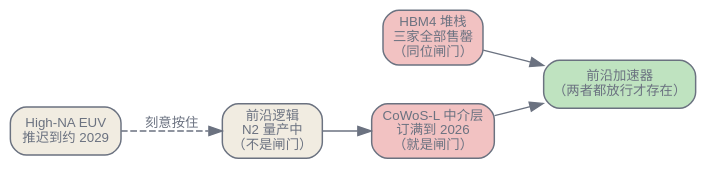
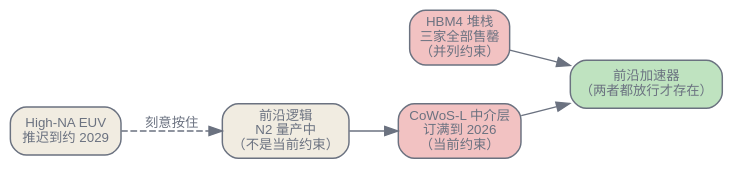
Before and after one commit to latere-ai/ai-as-an-infrastructure: the first of 2 diagrams in zh/infrastructure/04-making-the-silicon.qmd, drawn with Graphviz. The commit also changed other lines of this file and 9 other files, not shown here.

````diff
--- a/zh/infrastructure/04-making-the-silicon.qmd
+++ b/zh/infrastructure/04-making-the-silicon.qmd
@@ -13,20 +13,20 @@
 ```{dot}
 //| label: fig-making-silicon-gate
-//| fig-cap: "2026 年闸门坐在哪里。前沿逻辑不再是绑死全局的那一步；先进封装与 HBM 供给才是，而一块前沿加速器只有在两者同时放行时才存在。光刻前沿（High-NA EUV）被刻意按住。"
+//| fig-cap: "2026 年主要约束坐在哪里。前沿逻辑不再是限制全局的那一步；先进封装与 HBM 供给才是，而一块前沿加速器只有在两者同时放行时才存在。光刻前沿（High-NA EUV）被刻意推迟。"
 digraph {
   bgcolor="transparent";
   rankdir=LR;
   nodesep=0.4; ranksep=0.5;
   node [shape=box, style="rounded,filled", fontname="Helvetica", fontsize=10, color="#6b7280", fontcolor="#6b7280", fillcolor="#f1ece1", penwidth=1.1];
   edge [fontsize=10, fontname="Helvetica", color="#6b7280", fontcolor="#6b7280"];
 
-  fab [label="前沿逻辑\nN2 量产中\n（不是闸门）"];
-  pkg [label="CoWoS-L 中介层\n订满到 2026\n（就是闸门）", fillcolor="#f2c2c2"];
-  hbm [label="HBM4 堆栈\n三家全部售罄\n（同位闸门）", fillcolor="#f2c2c2"];
+  fab [label="前沿逻辑\nN2 量产中\n（不是当前约束）"];
+  pkg [label="CoWoS-L 中介层\n订满到 2026\n（当前约束）", fillcolor="#f2c2c2"];
+  hbm [label="HBM4 堆栈\n三家全部售罄\n（并列约束）", fillcolor="#f2c2c2"];
   acc [label="前沿加速器\n（两者都放行才存在）", fillcolor="#bfe3c0"];
   highna [label="High-NA EUV\n推迟到约 2029"];
   fab -> pkg -> acc;
   hbm -> acc;
   highna -> fab [style=dashed, label="刻意按住"];
 }
 ```
````
